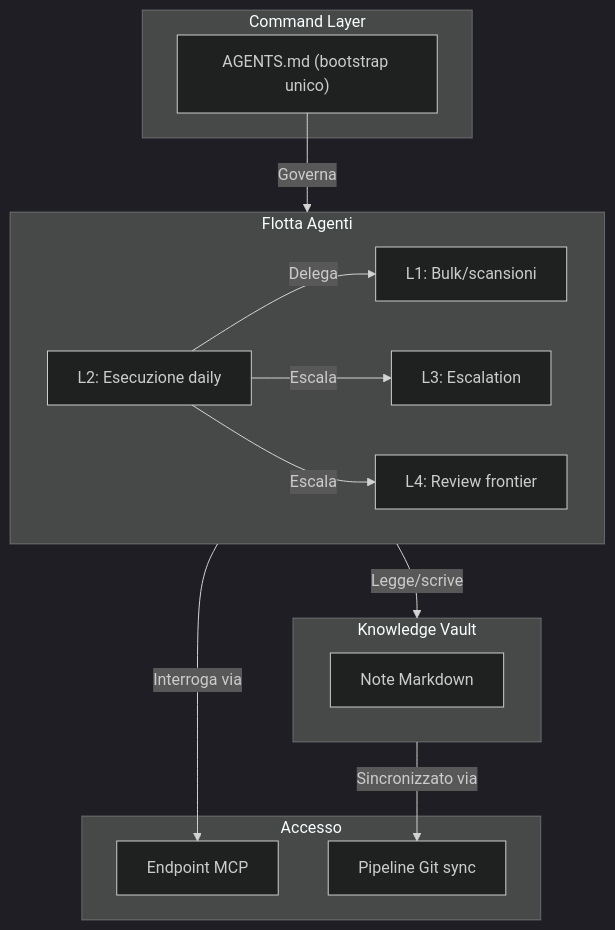
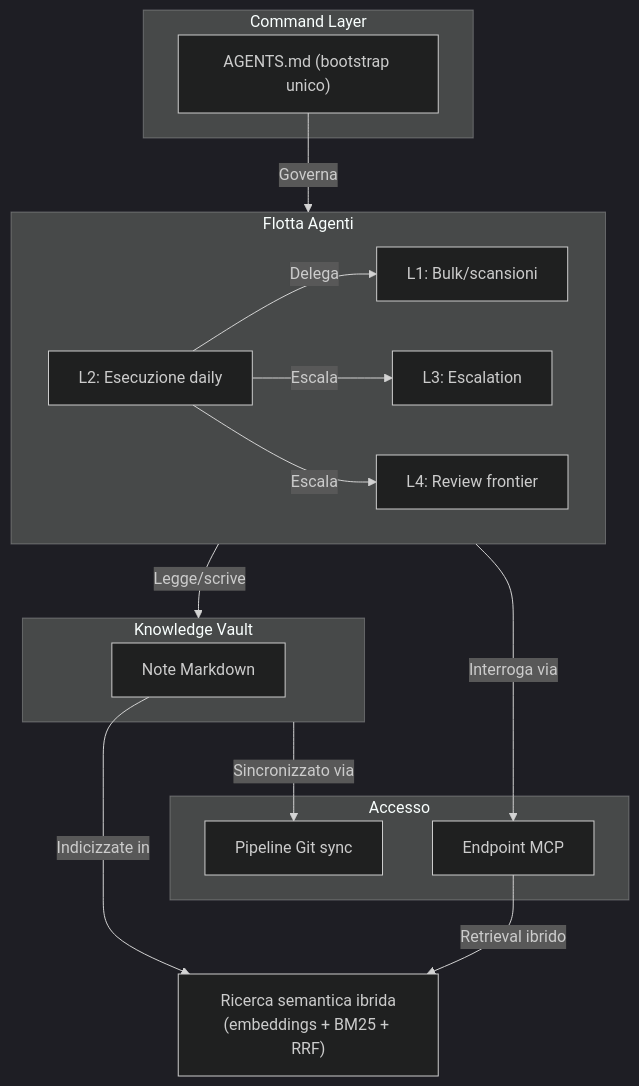
One commit to matteopasseri407/agentic-ops changed the diagram in case-studies/agentic-knowledge-vault-mcp-it.md. Above: the diagram before and after it, drawn with Mermaid (dark theme). The commit also changed other lines of this file and 2 other files, not shown here.

Commit message:
Add hybrid semantic retrieval (RAG) layer to agentic vault case study and README

````diff
--- a/case-studies/agentic-knowledge-vault-mcp-it.md
+++ b/case-studies/agentic-knowledge-vault-mcp-it.md
@@ -23,30 +23,32 @@
 ```mermaid
 graph TD
     subgraph Command["Command Layer"]
         Bootstrap["AGENTS.md (bootstrap unico)"]
     end
 
     subgraph Agents["Flotta Agenti"]
         L2["L2: Esecuzione daily"]
         L1["L1: Bulk/scansioni"]
         L3["L3: Escalation"]
         L4["L4: Review frontier"]
     end
 
     subgraph Memory["Knowledge Vault"]
         Notes["Note Markdown"]
     end
 
     subgraph Access["Accesso"]
         MCP["Endpoint MCP"]
         Git["Pipeline Git sync"]
     end
 
     Bootstrap -->|Governa| Agents
     Agents -->|Legge/scrive| Memory
     Memory -->|Sincronizzato via| Git
+    Notes -->|Indicizzate in| Semantic["Ricerca semantica ibrida<br/>(embeddings + BM25 + RRF)"]
     Agents -->|Interroga via| MCP
+    MCP -->|Retrieval ibrido| Semantic
     L2 -->|Delega| L1
     L2 -->|Escala| L3
     L2 -->|Escala| L4
 ```
````
